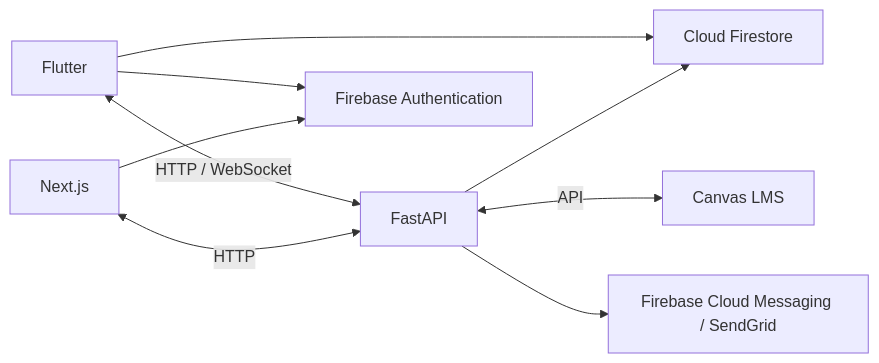
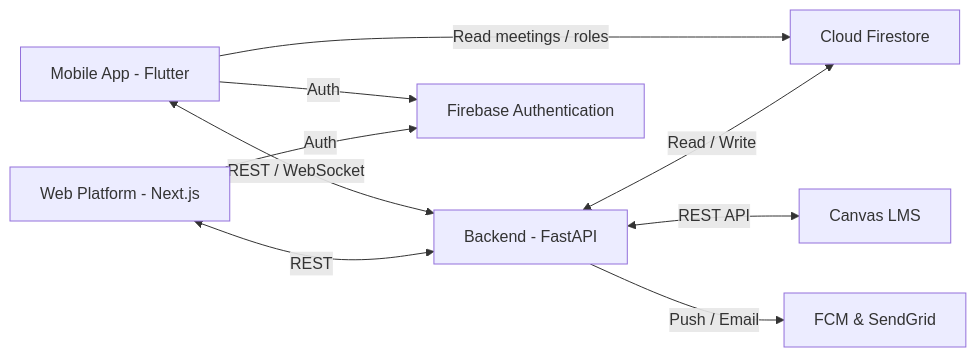
One commit to cristobal-nan/academic-attendance-system changed the second of 2 diagrams in README.en.md. Above: the diagram before and after it, drawn with Mermaid. The commit also changed other lines of this file and 16 other files, not shown here.

````diff
--- a/README.en.md
+++ b/README.en.md
@@ -40,11 +50,11 @@
 ```mermaid
 flowchart LR
-    M[Flutter] <-->|HTTP / WebSocket| A[FastAPI]
-    W[Next.js] <-->|HTTP| A
-    M --> I[Firebase Authentication]
-    W --> I
-    M --> F[Cloud Firestore]
-    A --> F
-    A <-->|API| C[Canvas LMS]
-    A --> N[Firebase Cloud Messaging / SendGrid]
+    M[Mobile App - Flutter] <-->|REST / WebSocket| A[Backend - FastAPI]
+    W[Web Platform - Next.js] <-->|REST| A
+    M -->|Auth| I[Firebase Authentication]
+    W -->|Auth| I
+    M -->|Read meetings / roles| F[Cloud Firestore]
+    A <-->|Read / Write| F
+    A <-->|REST API| C[Canvas LMS]
+    A -->|Push / Email| N[FCM & SendGrid]
 ```
````
